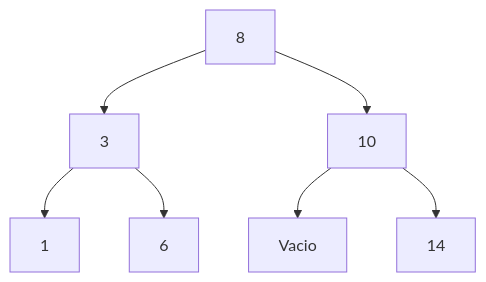
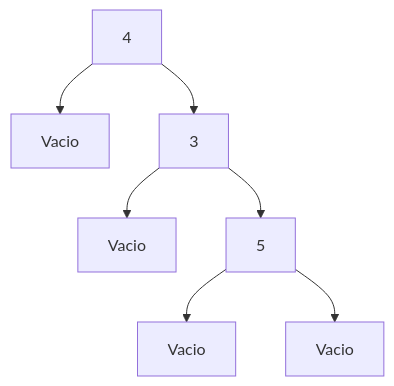
Before and after one commit to mariferbarrios6556/Estructura-Discretas: the first of 5 diagrams in estructuras-discretas/practica6/README.md, drawn with Mermaid. The commit also changed other lines of this file, not shown here.

````diff
--- a/estructuras-discretas/practica6/README.md
+++ b/estructuras-discretas/practica6/README.md
@@ -17,9 +17,9 @@
 ```mermaid
-graph TB
-A[8] --> B[3]
-A --> C[10]
-B --> D[1]
-B --> E[6]
-C --> F[Vacio]
-C --> G[14]
+graph TD
+A[4] --> B[Vacio]
+A --> C[3]
+C --> D[Vacio]
+C --> E[5]
+E --> F[Vacio]
+E --> G[Vacio]
 ```
````
